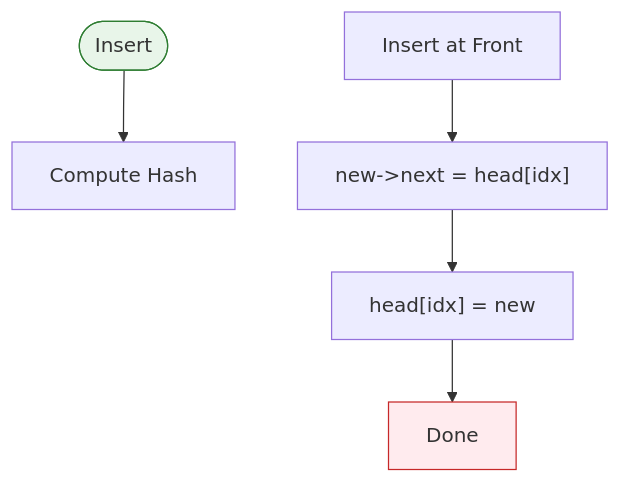
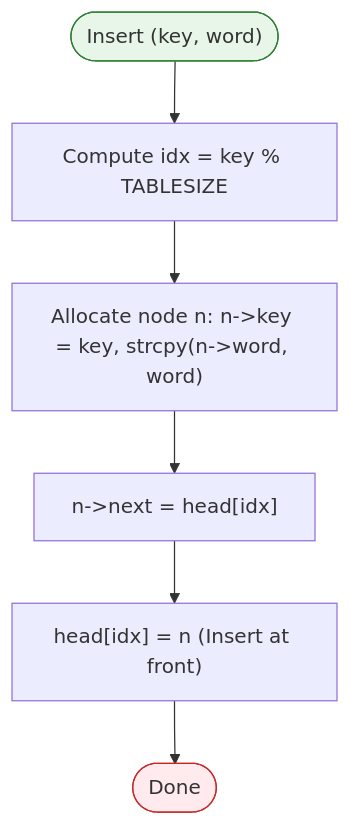
Before and after one commit to imyash0722/SEM3-DSA-UE25CS52A-STUDY-MATERIAL: the third of 11 diagrams in site/docs/unit4/theory/unit4_02_collision_resolution.md, drawn with Mermaid. The commit also changed other lines of this file and 6 other files, not shown here.

Commit message:
Fix Double Hashing algorithm flow, collision calculations, and Trie step visualization

````diff
--- a/site/docs/unit4/theory/unit4_02_collision_resolution.md
+++ b/site/docs/unit4/theory/unit4_02_collision_resolution.md
@@ -94,11 +94,11 @@
 ```mermaid
 flowchart TD
-    Start(["Insert"]) --> Hash["Compute Hash"]
-    Front["Insert at Front"]
-    Front --> Link["new->next = head[idx]"]
-    Link --> Update["head[idx] = new"]
-    Update --> Done["Done"]
+    Start(["Insert (key, word)"]) --> Hash["Compute idx = key % TABLESIZE"]
+    Hash --> Alloc["Allocate node n: n->key = key, strcpy(n->word, word)"]
+    Alloc --> Link["n->next = head[idx]"]
+    Link --> Update["head[idx] = n (Insert at front)"]
+    Update --> Done(["Done"])
     
     style Start fill:#e8f5e9,stroke:#2e7d32
     style Done fill:#ffebee,stroke:#c62828
 ```
````
